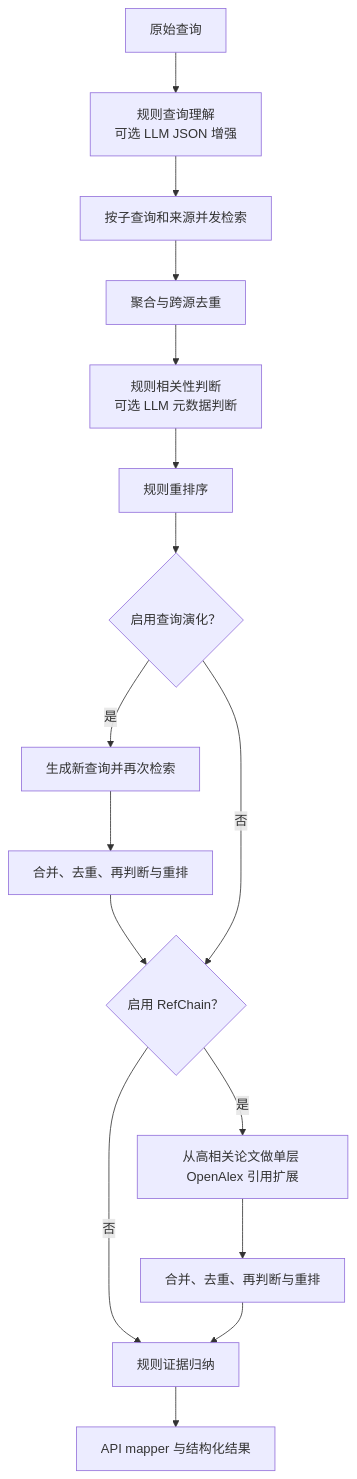
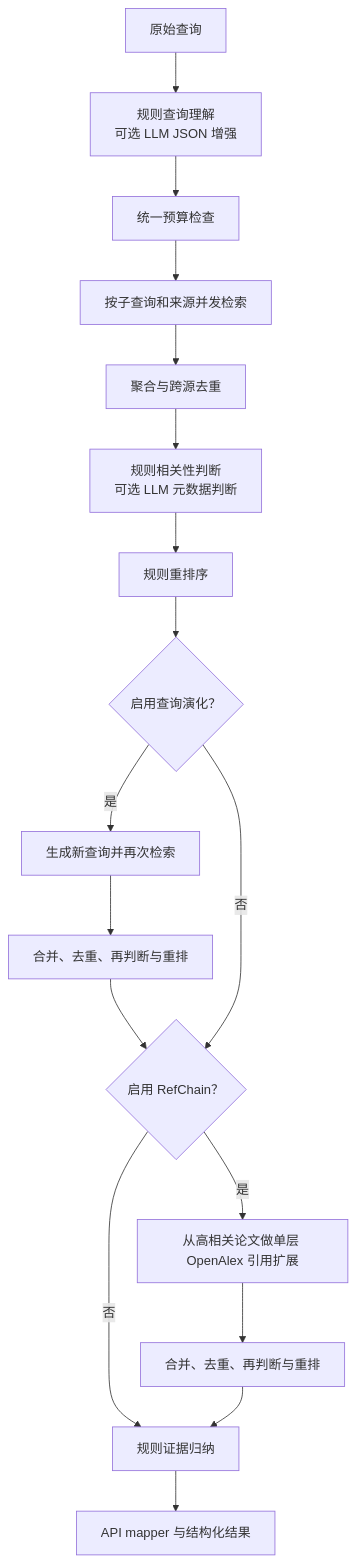
One commit to solace47/ScholarNavigator changed the second of 2 diagrams in docs/architecture.md. Above: the diagram before and after it, drawn with Mermaid. The commit also changed other lines of this file and 13 other files, not shown here.

````diff
--- a/docs/architecture.md
+++ b/docs/architecture.md
@@ -29,18 +29,19 @@
 ```mermaid
 flowchart TD
     Q["原始查询"] --> U["规则查询理解<br/>可选 LLM JSON 增强"]
-    U --> R["按子查询和来源并发检索"]
+    U --> B["统一预算检查"]
+    B --> R["按子查询和来源并发检索"]
     R --> D["聚合与跨源去重"]
     D --> J["规则相关性判断<br/>可选 LLM 元数据判断"]
     J --> K["规则重排序"]
     K --> E{"启用查询演化？"}
     E -->|是| ER["生成新查询并再次检索"]
     ER --> ED["合并、去重、再判断与重排"]
     ED --> F
     E -->|否| F{"启用 RefChain？"}
     F -->|是| FR["从高相关论文做单层 OpenAlex 引用扩展"]
     FR --> D2["合并、去重、再判断与重排"]
     F -->|否| Y["规则证据归纳"]
     D2 --> Y
     Y --> O["API mapper 与结构化结果"]
 ```
````
